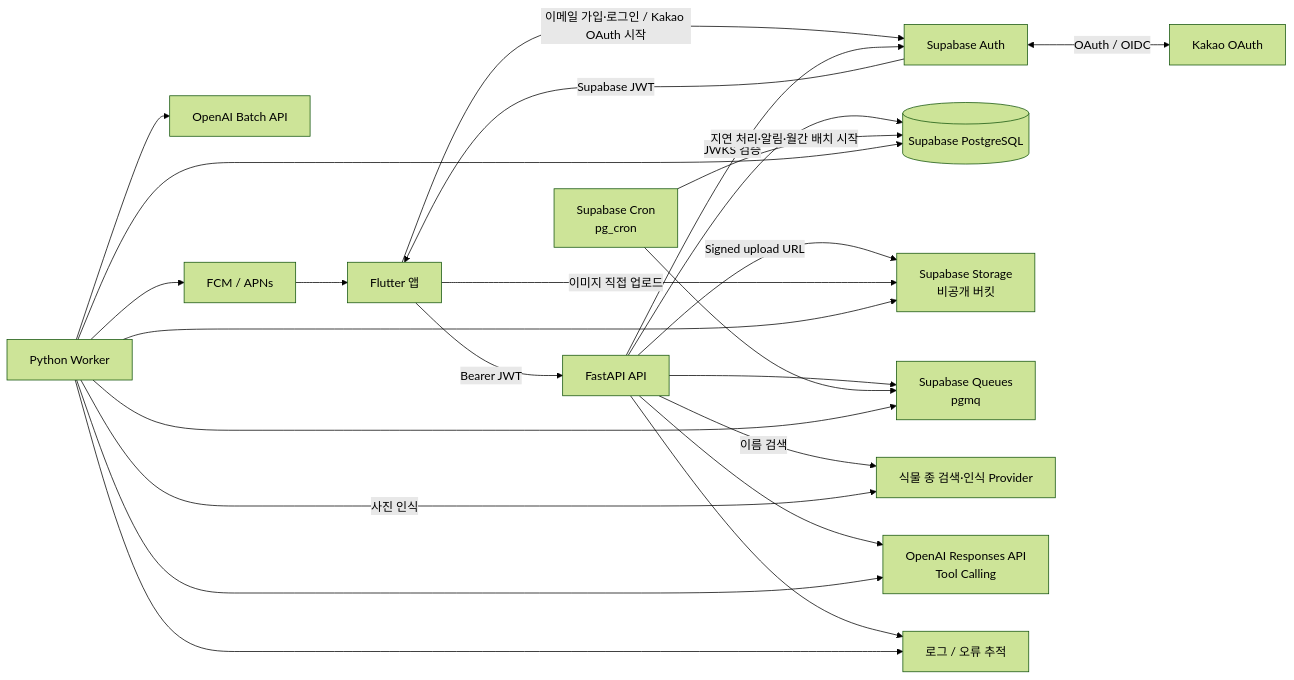
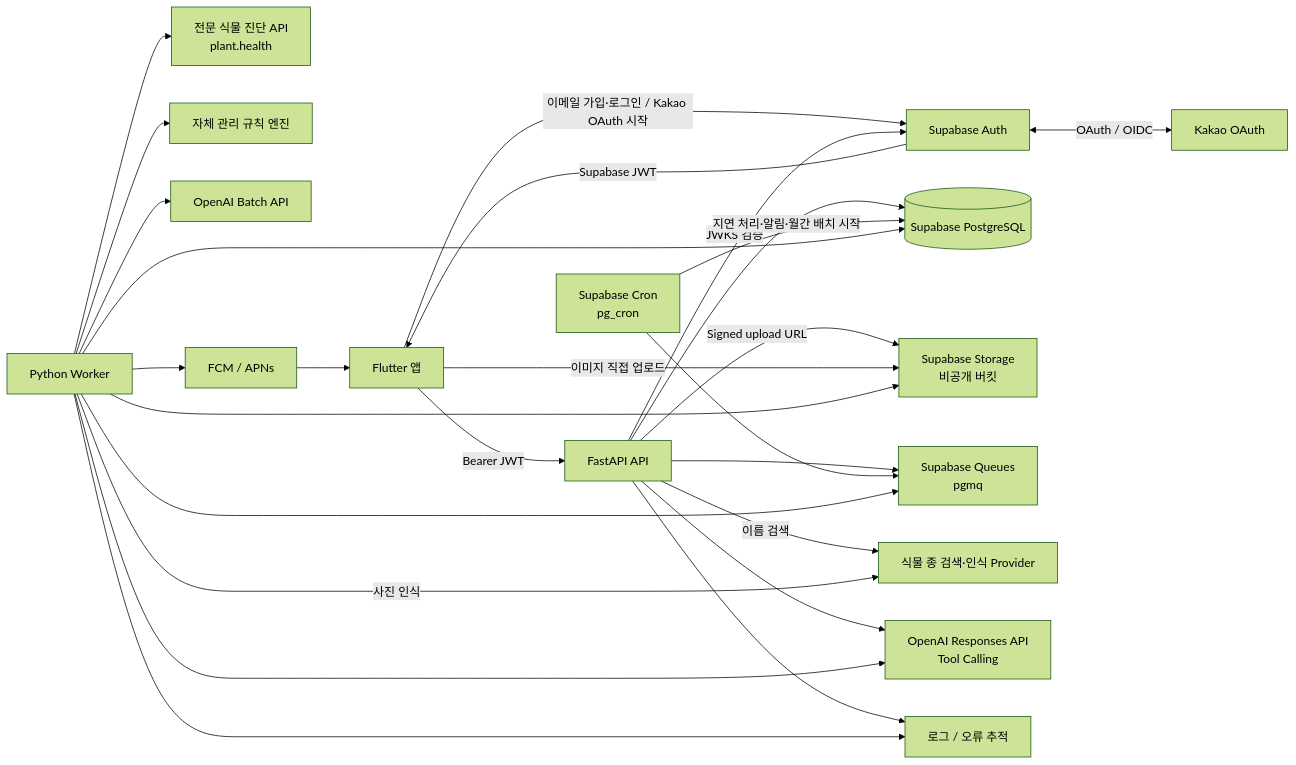
The first of 5 diagrams in docs/architecture.md (YuEngMe/Leafie), drawn with Mermaid (forest theme) before and after one commit. The commit also changed other lines of this file and 3 other files, not shown here.

````diff
--- a/docs/architecture.md
+++ b/docs/architecture.md
@@ -21,41 +21,45 @@
 ```mermaid
 flowchart LR
     APP["Flutter 앱"]
     KAKAO["Kakao OAuth"]
     AUTH["Supabase Auth"]
     API["FastAPI API"]
     DB[("Supabase PostgreSQL")]
     STORAGE["Supabase Storage<br/>비공개 버킷"]
     QUEUE["Supabase Queues<br/>pgmq"]
     CRON["Supabase Cron<br/>pg_cron"]
     WORKER["Python Worker"]
     SPECIES["식물 종 검색·인식 Provider"]
+    HEALTH["전문 식물 진단 API<br/>plant.health"]
+    RULES["자체 관리 규칙 엔진"]
     RESPONSES["OpenAI Responses API<br/>Tool Calling"]
     BATCH["OpenAI Batch API"]
     PUSH["FCM / APNs"]
     OBS["로그 / 오류 추적"]
 
     APP -->|"이메일 가입·로그인 / Kakao OAuth 시작"| AUTH
     AUTH <-->|"OAuth / OIDC"| KAKAO
     AUTH -->|"Supabase JWT"| APP
     APP -->|"Bearer JWT"| API
     API -->|"JWKS 검증"| AUTH
     API --> DB
     API -->|"Signed upload URL"| STORAGE
     APP -->|"이미지 직접 업로드"| STORAGE
     API --> QUEUE
     CRON -->|"지연 처리·알림·월간 배치 시작"| DB
     CRON --> QUEUE
     WORKER --> QUEUE
     WORKER --> DB
     WORKER --> STORAGE
     API -->|"이름 검색"| SPECIES
     WORKER -->|"사진 인식"| SPECIES
+    WORKER --> HEALTH
+    WORKER --> RULES
     API --> RESPONSES
     WORKER --> RESPONSES
     WORKER --> BATCH
     WORKER --> PUSH
     API --> OBS
     WORKER --> OBS
     PUSH --> APP
 ```
````
